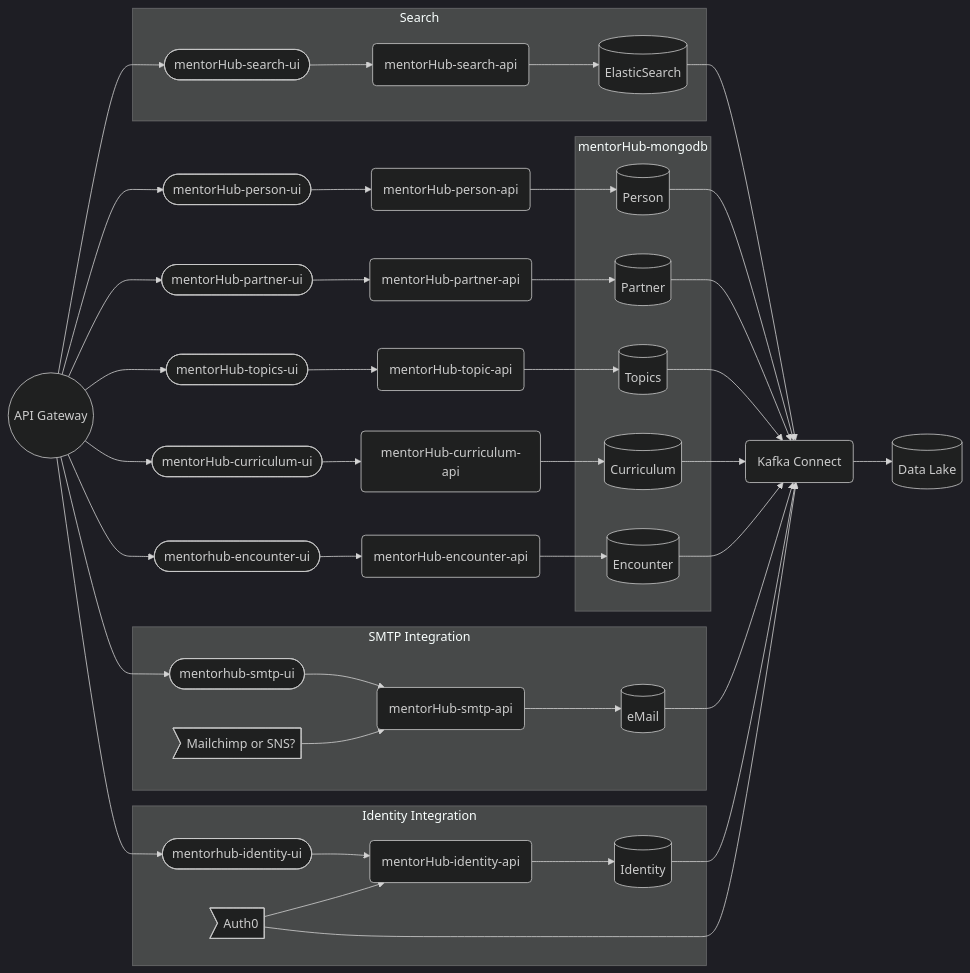
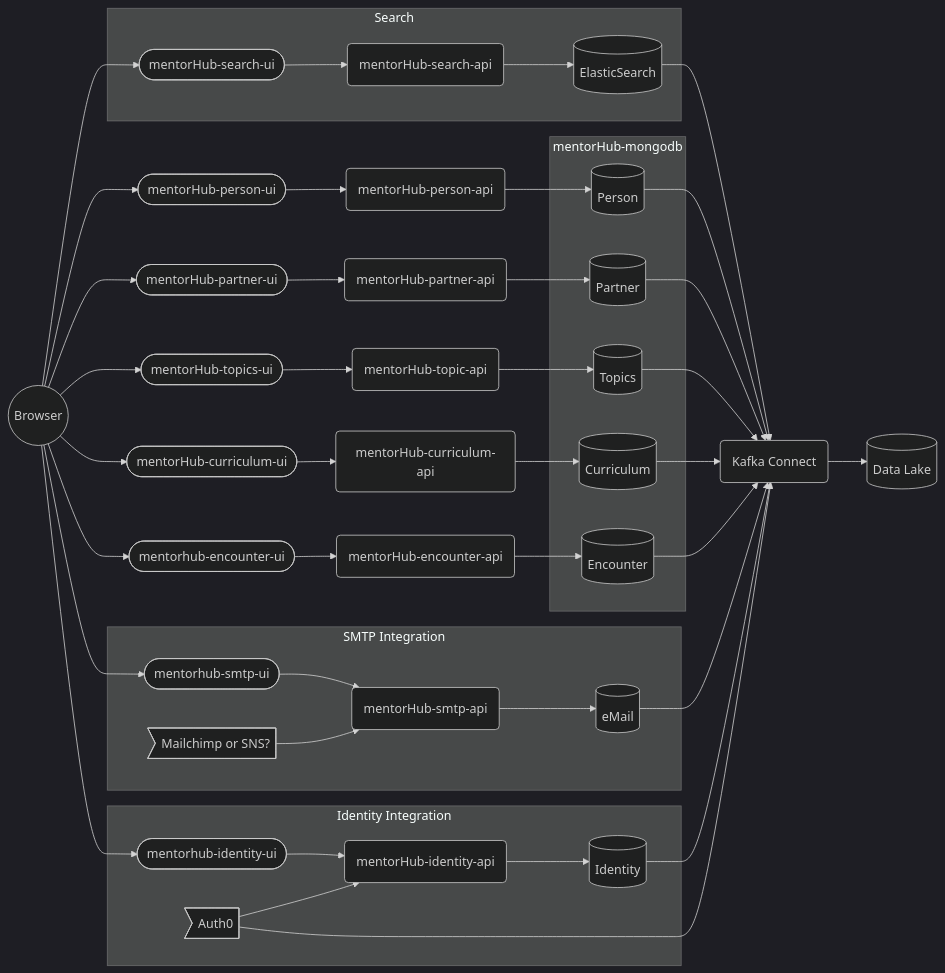
Before and after one commit to agile-learning-institute/mentorHub: the first of 5 diagrams in specifications/ARCHITECTURE.md, drawn with Mermaid (dark theme).

Commit message:
APIG update

````diff
--- a/specifications/ARCHITECTURE.md
+++ b/specifications/ARCHITECTURE.md
@@ -21,6 +21,6 @@
 ```mermaid
 flowchart LR
-    APIG((API Gateway))
+    APIG((Browser))
     BUS(Kafka Connect)
     BUS --> DataLake[(Data Lake)]
 
````
